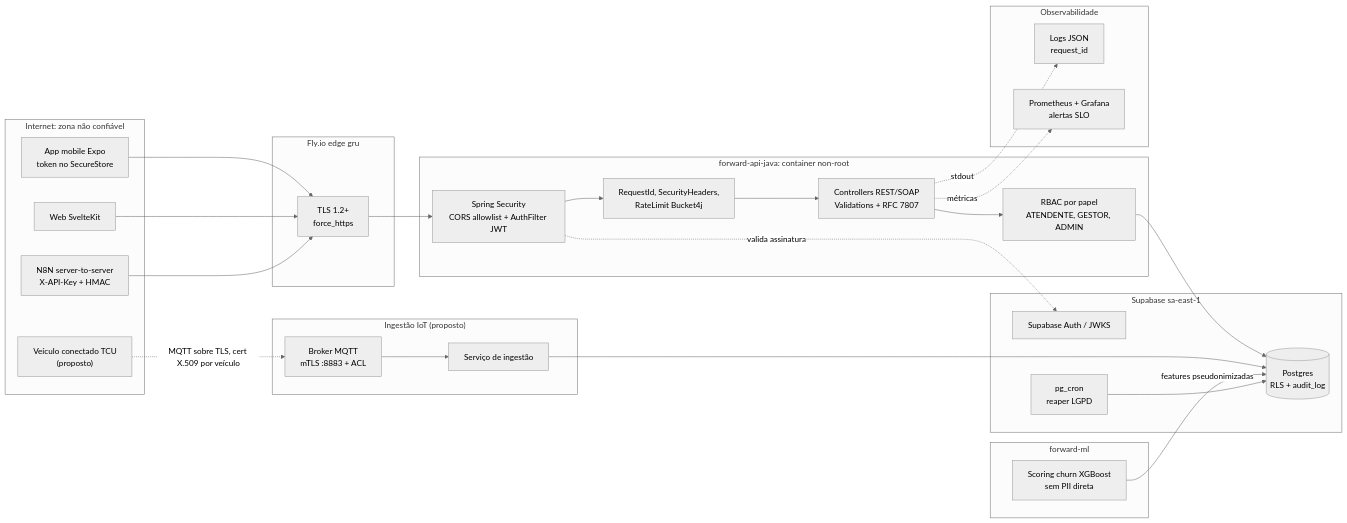
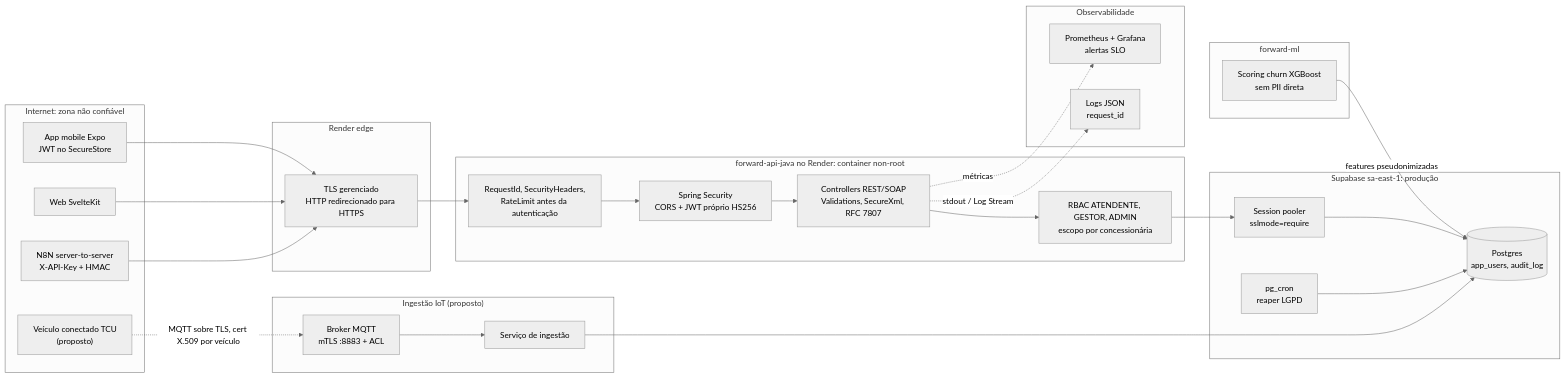
Before and after one commit to fwd-ford/forward-docs: the diagram in academic/cyber/sprint3/diagrams/01_arquitetura_confianca.mmd, drawn with Mermaid (neutral theme). The commit also changed 17 other files, not shown here.

First line of the commit message:
docs(cyber): Render + Supabase, PR #48 controls implemented, gate fixes

```diff
--- a/academic/cyber/sprint3/diagrams/01_arquitetura_confianca.mmd
+++ b/academic/cyber/sprint3/diagrams/01_arquitetura_confianca.mmd
@@ -1,42 +1,41 @@
 flowchart LR
   subgraph NET["Internet: zona não confiável"]
-    MOB["App mobile Expo<br/>token no SecureStore"]
+    MOB["App mobile Expo<br/>JWT no SecureStore"]
     WEB["Web SvelteKit"]
     N8N["N8N server-to-server<br/>X-API-Key + HMAC"]
     CAR["Veículo conectado TCU<br/>(proposto)"]
   end
-  subgraph EDGE["Fly.io edge gru"]
-    TLS["TLS 1.2+<br/>force_https"]
+  subgraph EDGE["Render edge"]
+    TLS["TLS gerenciado<br/>HTTP redirecionado para HTTPS"]
   end
-  subgraph API["forward-api-java: container non-root"]
-    SEC["Spring Security<br/>CORS allowlist + AuthFilter JWT"]
-    FIL["RequestId, SecurityHeaders,<br/>RateLimit Bucket4j"]
-    CTL["Controllers REST/SOAP<br/>Validations + RFC 7807"]
-    RBAC["RBAC por papel<br/>ATENDENTE, GESTOR, ADMIN"]
+  subgraph API["forward-api-java no Render: container non-root"]
+    FIL["RequestId, SecurityHeaders,<br/>RateLimit antes da autenticação"]
+    SEC["Spring Security<br/>CORS + JWT próprio HS256"]
+    CTL["Controllers REST/SOAP<br/>Validations, SecureXml, RFC 7807"]
+    RBAC["RBAC ATENDENTE, GESTOR, ADMIN<br/>escopo por concessionária"]
   end
   subgraph IOT["Ingestão IoT (proposto)"]
     BRK["Broker MQTT<br/>mTLS :8883 + ACL"]
     ING["Serviço de ingestão"]
   end
-  subgraph DATA["Supabase sa-east-1"]
-    AUTH["Supabase Auth / JWKS"]
-    PG[("Postgres<br/>RLS + audit_log")]
+  subgraph DATA["Supabase sa-east-1: produção"]
+    POOL["Session pooler<br/>sslmode=require"]
+    PG[("Postgres<br/>app_users, audit_log")]
     CRON["pg_cron<br/>reaper LGPD"]
   end
   subgraph MLZ["forward-ml"]
     SCORE["Scoring churn XGBoost<br/>sem PII direta"]
   end
   subgraph OBS["Observabilidade"]
     LOGS["Logs JSON<br/>request_id"]
     MET["Prometheus + Grafana<br/>alertas SLO"]
   end
   MOB --> TLS
   WEB --> TLS
   N8N --> TLS
-  TLS --> SEC --> FIL --> CTL --> RBAC --> PG
-  SEC -. "valida assinatura" .-> AUTH
+  TLS --> FIL --> SEC --> CTL --> RBAC --> POOL --> PG
   CAR -. "MQTT sobre TLS, cert X.509 por veículo" .-> BRK --> ING --> PG
   SCORE -- "features pseudonimizadas" --> PG
   CRON --> PG
-  CTL -. "stdout" .-> LOGS
+  CTL -. "stdout / Log Stream" .-> LOGS
   CTL -. "métricas" .-> MET
```
